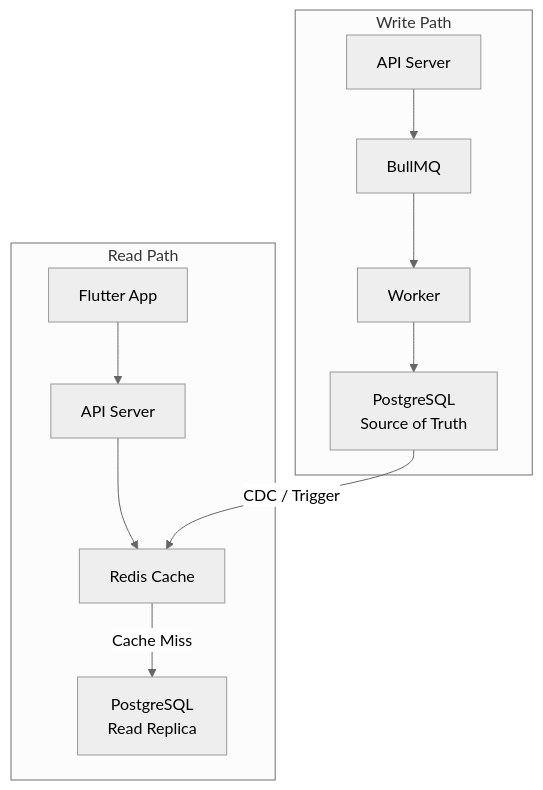
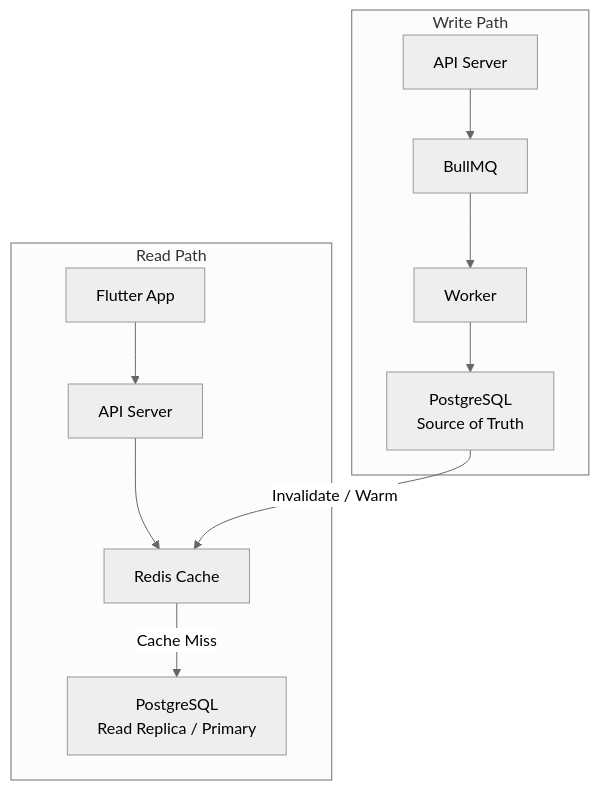
One commit to derfby1988/sheserved changed the fifth of 5 diagrams in docs/infrastructure/architecture_analysis.md. Above: the diagram before and after it, drawn with Mermaid (neutral theme). The commit also changed other lines of this file and 19 other files, not shown here.

````diff
--- a/docs/infrastructure/architecture_analysis.md
+++ b/docs/infrastructure/architecture_analysis.md
@@ -314,13 +1009,13 @@
 ```mermaid
 flowchart TB
     subgraph "Write Path"
         W1["API Server"] --> W2["BullMQ"] --> W3["Worker"] --> W4["PostgreSQL\nSource of Truth"]
     end
-    
+
     subgraph "Read Path"
         R1["Flutter App"] --> R2["API Server"] --> R3["Redis Cache"]
-        R3 -->|"Cache Miss"| R4["PostgreSQL\nRead Replica"]
+        R3 -->|"Cache Miss"| R4["PostgreSQL\nRead Replica / Primary"]
     end
-    
-    W4 -->|"CDC / Trigger"| R3
+
+    W4 -->|"Invalidate / Warm"| R3
 ```
````
